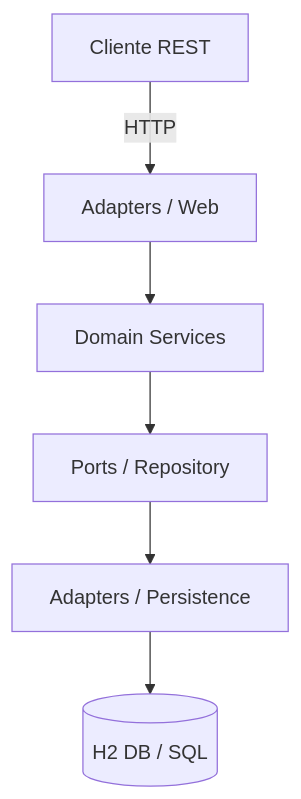
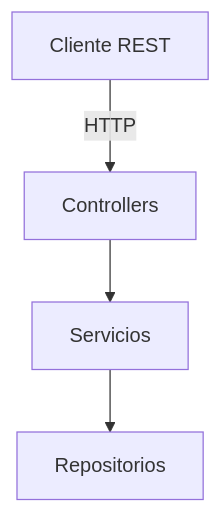
Before and after one commit to lgarbayo/project-manager-API-Rest: the first of 2 diagrams in README.md, drawn with Mermaid. The commit also changed other lines of this file, not shown here.

````diff
--- a/README.md
+++ b/README.md
@@ -19,9 +22,6 @@
 ```mermaid
 graph TD
-  Client[Cliente REST] -->|HTTP| Controllers[Adapters / Web]
-  Controllers --> Services[Domain Services]
-  Services --> Repositories[Ports / Repository]
-  Repositories --> Adapters[Adapters / Persistence]
-  Adapters --> DB[(H2 DB / SQL)]
-
+  Client[Cliente REST] -->|HTTP| Controllers[Controllers]
+  Controllers --> Services[Servicios]
+  Services --> Repositories[Repositorios]
 ```
````
